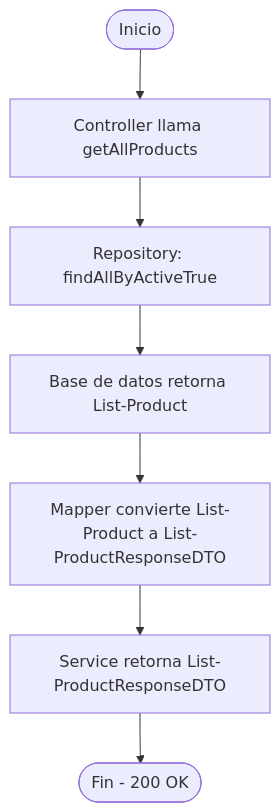
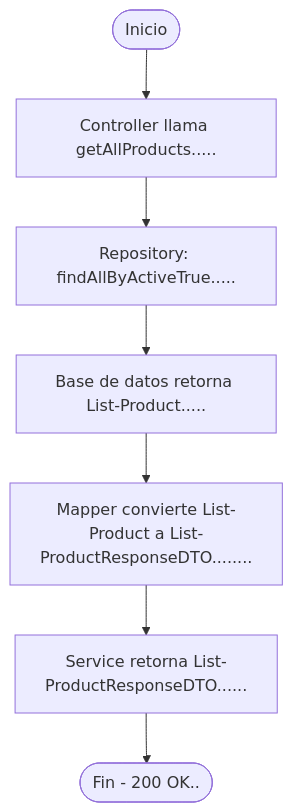
One commit to dazayamil/Sales-Management-API changed the diagram in docs/system-flows/products/flow-get-all-products.md. Above: the diagram before and after it, drawn with Mermaid. The commit also changed 5 other files, not shown here.

Commit message:
feat: implement createProduct in ProductServiceImpl

````diff
--- a/docs/system-flows/products/flow-get-all-products.md
+++ b/docs/system-flows/products/flow-get-all-products.md
@@ -3,9 +3,9 @@
 ```mermaid
 flowchart TD
-    A([Inicio]) --> B[Controller llama getAllProducts]
-    B --> C[Repository: findAllByActiveTrue]
-    C --> D[Base de datos retorna List-Product]
-    D --> E[Mapper convierte List-Product a List-ProductResponseDTO]
-    E --> F[Service retorna List-ProductResponseDTO]
-    F --> G([Fin - 200 OK])
+    A([Inicio]) --> B[Controller llama getAllProducts.....]
+    B --> C[Repository: findAllByActiveTrue.....]
+    C --> D[Base de datos retorna List-Product.....]
+    D --> E[Mapper convierte List-Product a List-ProductResponseDTO........]
+    E --> F[Service retorna List-ProductResponseDTO......]
+    F --> G([Fin - 200 OK..])
 ```
````
